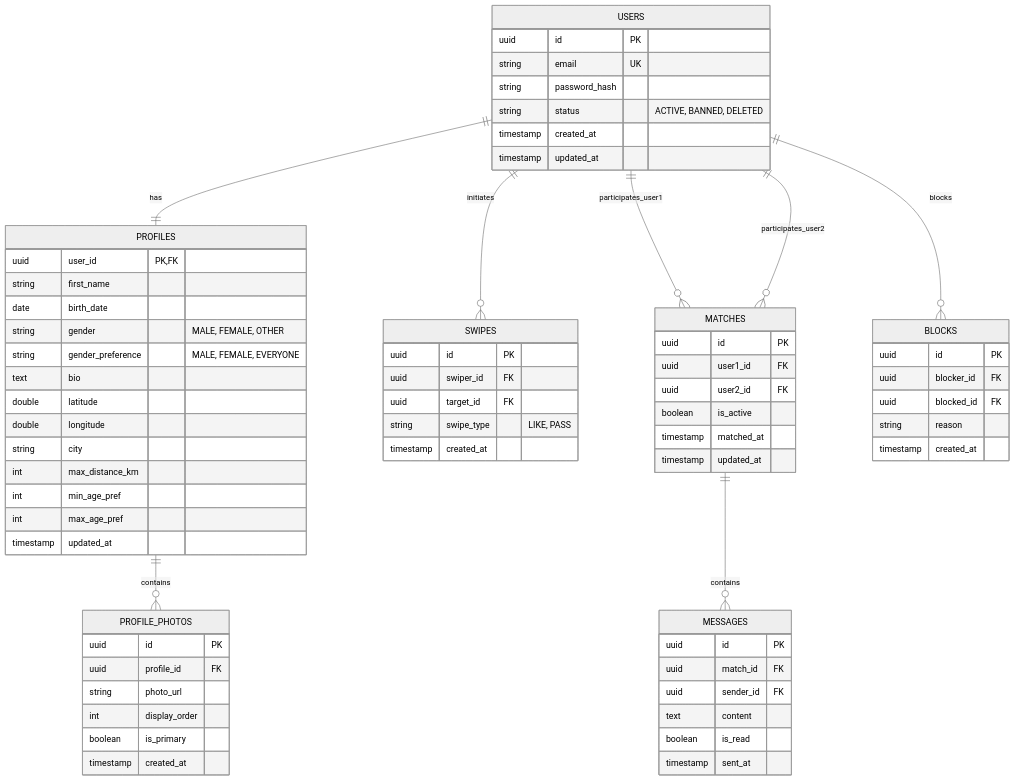
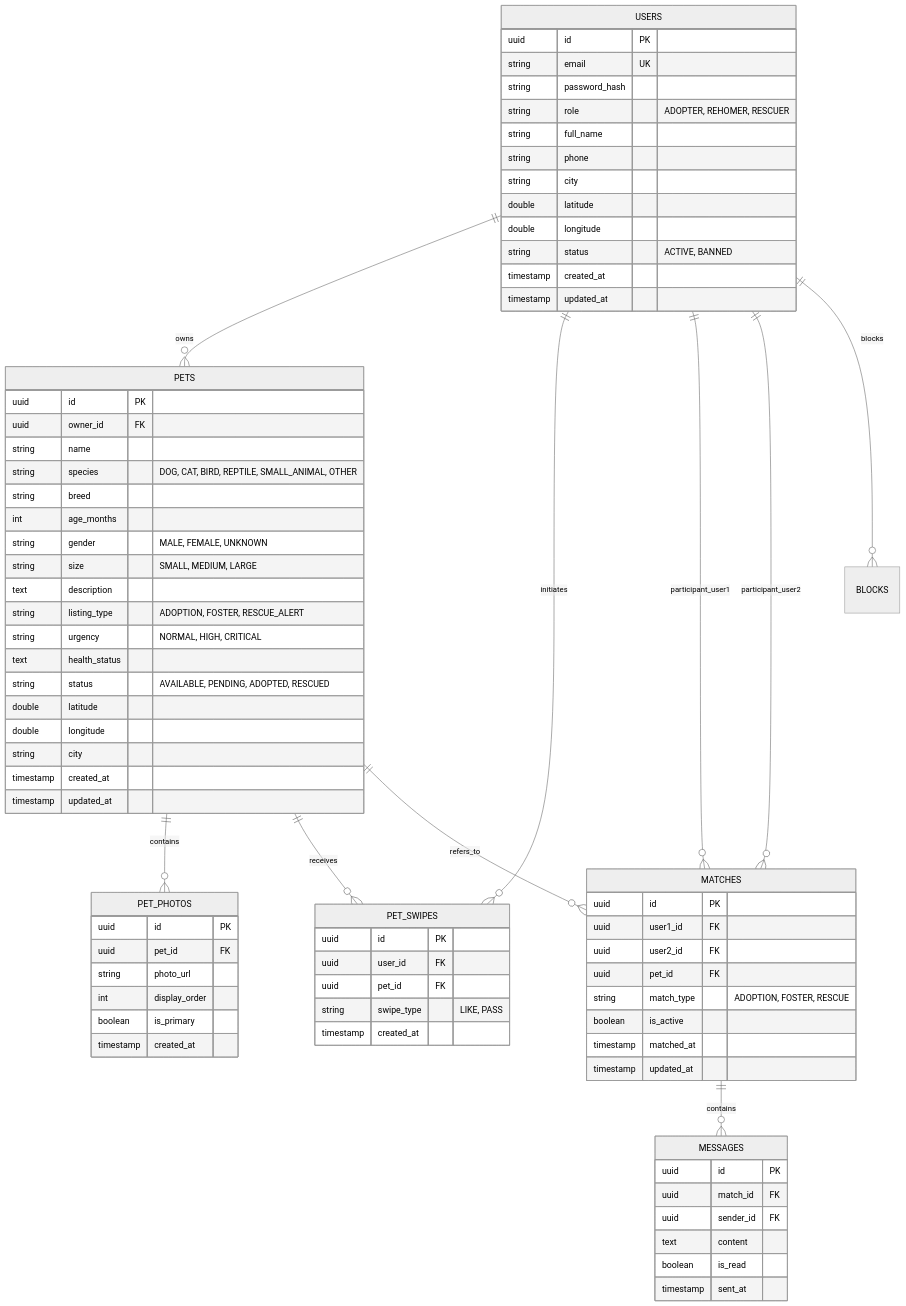
Before and after one commit to shreeramshegde/Dating-App: the second of 2 diagrams in readme.md, drawn with Mermaid (neutral theme). The commit also changed other lines of this file and 128 other files, not shown here.

Commit message:
feat(backend): complete MeaowMatch pet adoption and emergency animal rescue platform

````diff
--- a/readme.md
+++ b/readme.md
@@ -71,10 +94,12 @@
 ```mermaid
 erDiagram
-    USERS ||--|| PROFILES : has
-    PROFILES ||--o{ PROFILE_PHOTOS : contains
-    USERS ||--o{ SWIPES : initiates
-    USERS ||--o{ MATCHES : participates_user1
-    USERS ||--o{ MATCHES : participates_user2
+    USERS ||--o{ PETS : owns
+    PETS ||--o{ PET_PHOTOS : contains
+    USERS ||--o{ PET_SWIPES : initiates
+    PETS ||--o{ PET_SWIPES : receives
+    USERS ||--o{ MATCHES : participant_user1
+    USERS ||--o{ MATCHES : participant_user2
+    PETS ||--o{ MATCHES : refers_to
     MATCHES ||--o{ MESSAGES : contains
     USERS ||--o{ BLOCKS : blocks
 
@@ -82,40 +107,51 @@
         uuid id PK
         string email UK
         string password_hash
-        string status "ACTIVE, BANNED, DELETED"
+        string role "ADOPTER, REHOMER, RESCUER"
+        string full_name
+        string phone
+        string city
+        double latitude
+        double longitude
+        string status "ACTIVE, BANNED"
         timestamp created_at
         timestamp updated_at
     }
 
-    PROFILES {
-        uuid user_id PK, FK
-        string first_name
-        date birth_date
-        string gender "MALE, FEMALE, OTHER"
-        string gender_preference "MALE, FEMALE, EVERYONE"
-        text bio
+    PETS {
+        uuid id PK
+        uuid owner_id FK
+        string name
+        string species "DOG, CAT, BIRD, REPTILE, SMALL_ANIMAL, OTHER"
+        string breed
+        int age_months
+        string gender "MALE, FEMALE, UNKNOWN"
+        string size "SMALL, MEDIUM, LARGE"
+        text description
+        string listing_type "ADOPTION, FOSTER, RESCUE_ALERT"
+        string urgency "NORMAL, HIGH, CRITICAL"
+        text health_status
+        string status "AVAILABLE, PENDING, ADOPTED, RESCUED"
         double latitude
         double longitude
         string city
-        int max_distance_km
-        int min_age_pref
-        int max_age_pref
+        timestamp created_at
         timestamp updated_at
     }
 
-    PROFILE_PHOTOS {
+    PET_PHOTOS {
         uuid id PK
-        uuid profile_id FK
+        uuid pet_id FK
         string photo_url
         int display_order
         boolean is_primary
         timestamp created_at
     }
 
-    SWIPES {
+    PET_SWIPES {
         uuid id PK
-        uuid swiper_id FK
-        uuid target_id FK
+        uuid user_id FK
+        uuid pet_id FK
         string swipe_type "LIKE, PASS"
         timestamp created_at
     }
@@ -124,6 +160,8 @@
         uuid id PK
         uuid user1_id FK
         uuid user2_id FK
+        uuid pet_id FK
+        string match_type "ADOPTION, FOSTER, RESCUE"
         boolean is_active
         timestamp matched_at
         timestamp updated_at
@@ -137,12 +175,4 @@
         boolean is_read
         timestamp sent_at
     }
-
-    BLOCKS {
-        uuid id PK
-        uuid blocker_id FK
-        uuid blocked_id FK
-        string reason
-        timestamp created_at
-    }
 ```
````
